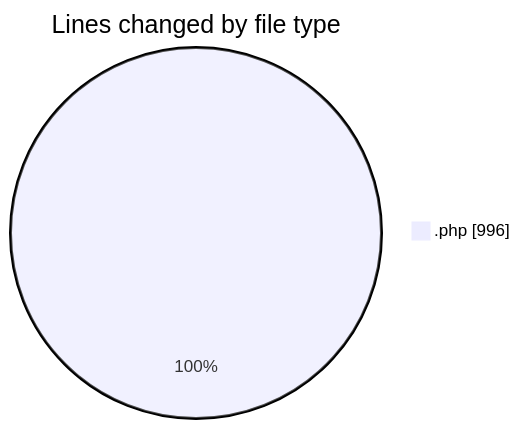
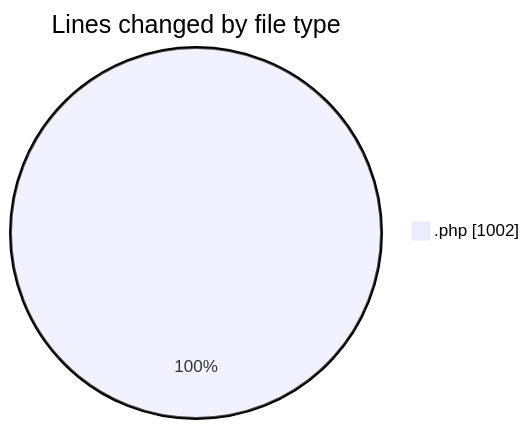
Before and after one commit to LanceThiago/code-tracking: the first of 2 diagrams in 2025-01-14/oficina/README.md, drawn with Mermaid. The commit also changed other lines of this file and 1 other file, not shown here.

````diff
--- a/2025-01-14/oficina/README.md
+++ b/2025-01-14/oficina/README.md
@@ -23,5 +23,5 @@
 ```mermaid
 pie showData
 title Lines changed by file type
-".php" : 996
+".php" : 1002
 ```
````
